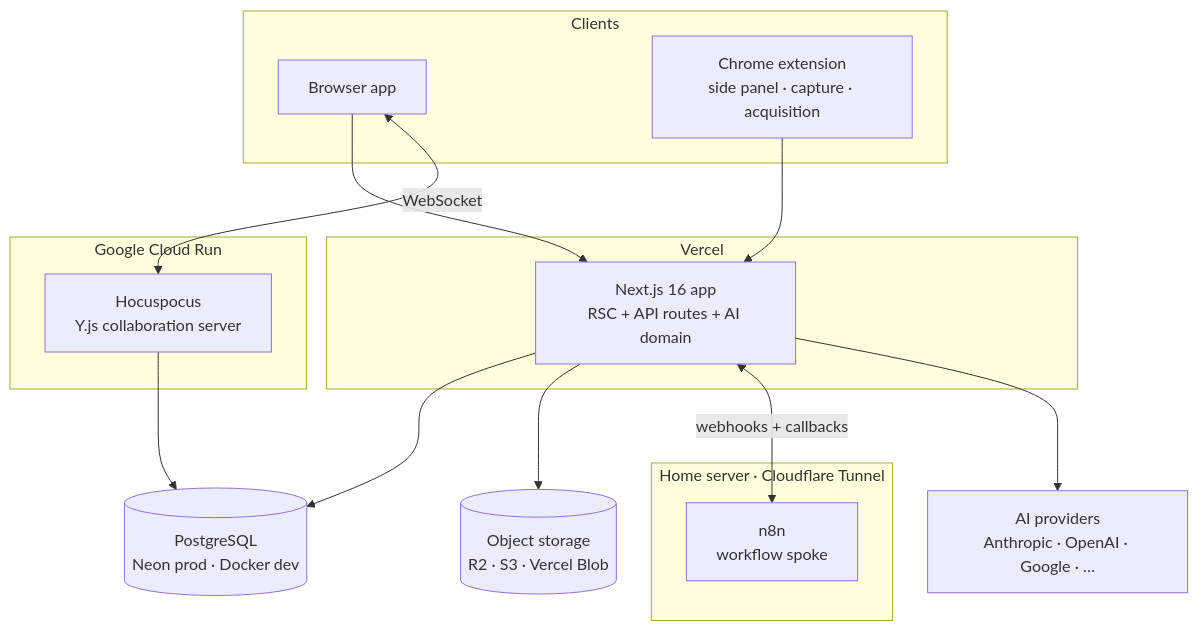
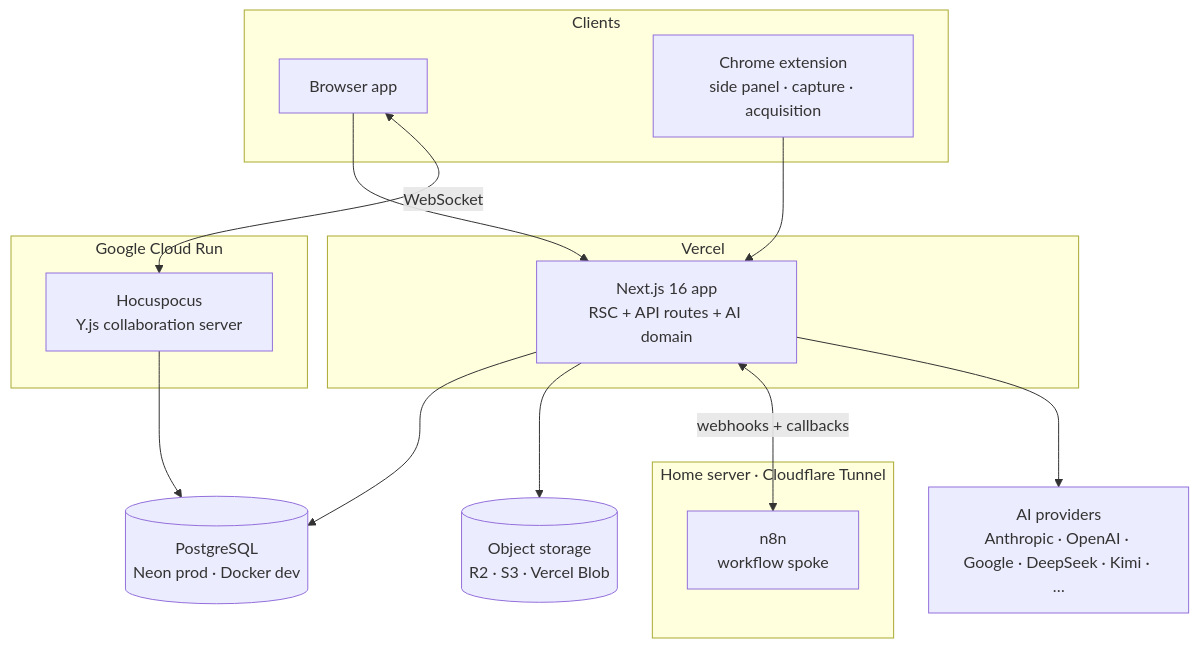
The second of 2 diagrams in README.md (CenterValentine/Digital-Garden), drawn with Mermaid before and after one commit. The commit also changed other lines of this file and 3 other files, not shown here.

````diff
--- a/README.md
+++ b/README.md
@@ -105,28 +108,28 @@
 ```mermaid
 flowchart TD
   subgraph Clients
     B["Browser app"]
     X["Chrome extension<br/>side panel · capture · acquisition"]
   end
   subgraph Vercel
     N["Next.js 16 app<br/>RSC + API routes + AI domain"]
   end
   subgraph CloudRun["Google Cloud Run"]
     H["Hocuspocus<br/>Y.js collaboration server"]
   end
   subgraph HomeServer["Home server · Cloudflare Tunnel"]
     N8["n8n<br/>workflow spoke"]
   end
   PG[("PostgreSQL<br/>Neon prod · Docker dev")]
   ST[("Object storage<br/>R2 · S3 · Vercel Blob")]
-  AI["AI providers<br/>Anthropic · OpenAI · Google · …"]
+  AI["AI providers<br/>Anthropic · OpenAI · Google · DeepSeek · Kimi · …"]
 
   B --> N
   X --> N
   B <-->|"WebSocket"| H
   N --> PG
   H --> PG
   N --> ST
   N <-->|"webhooks + callbacks"| N8
   N --> AI
 ```
````
